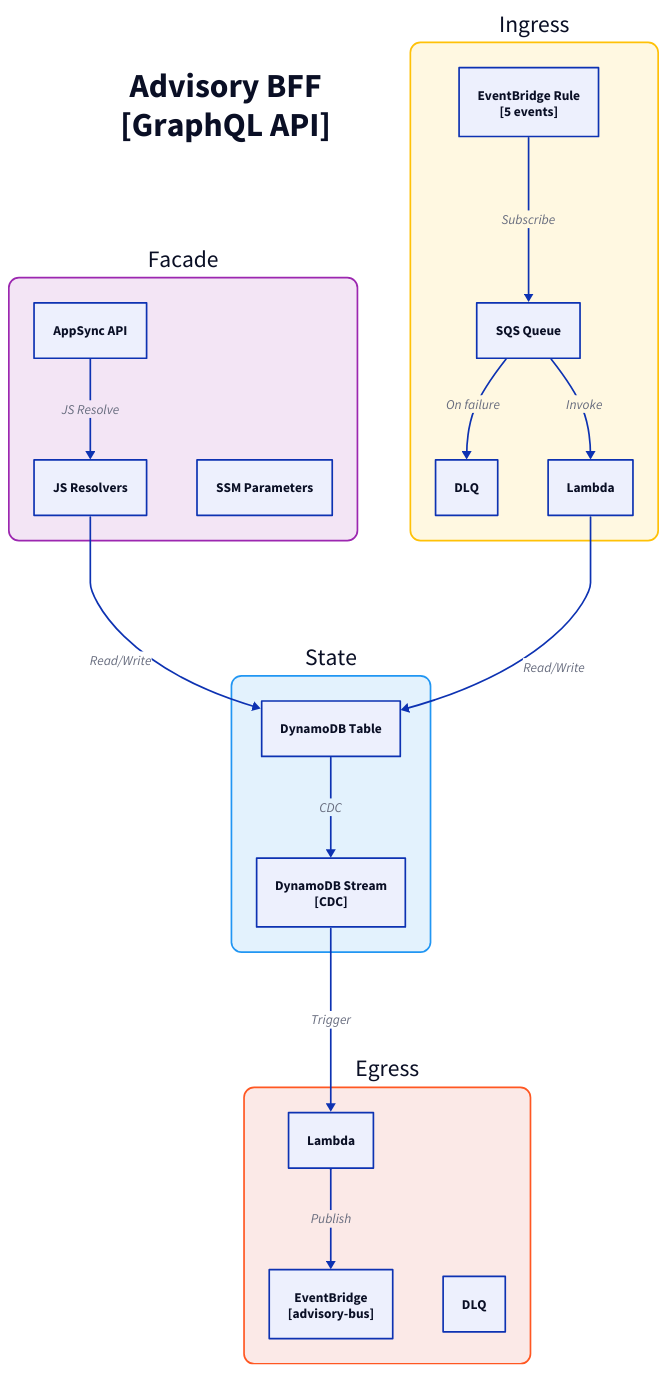
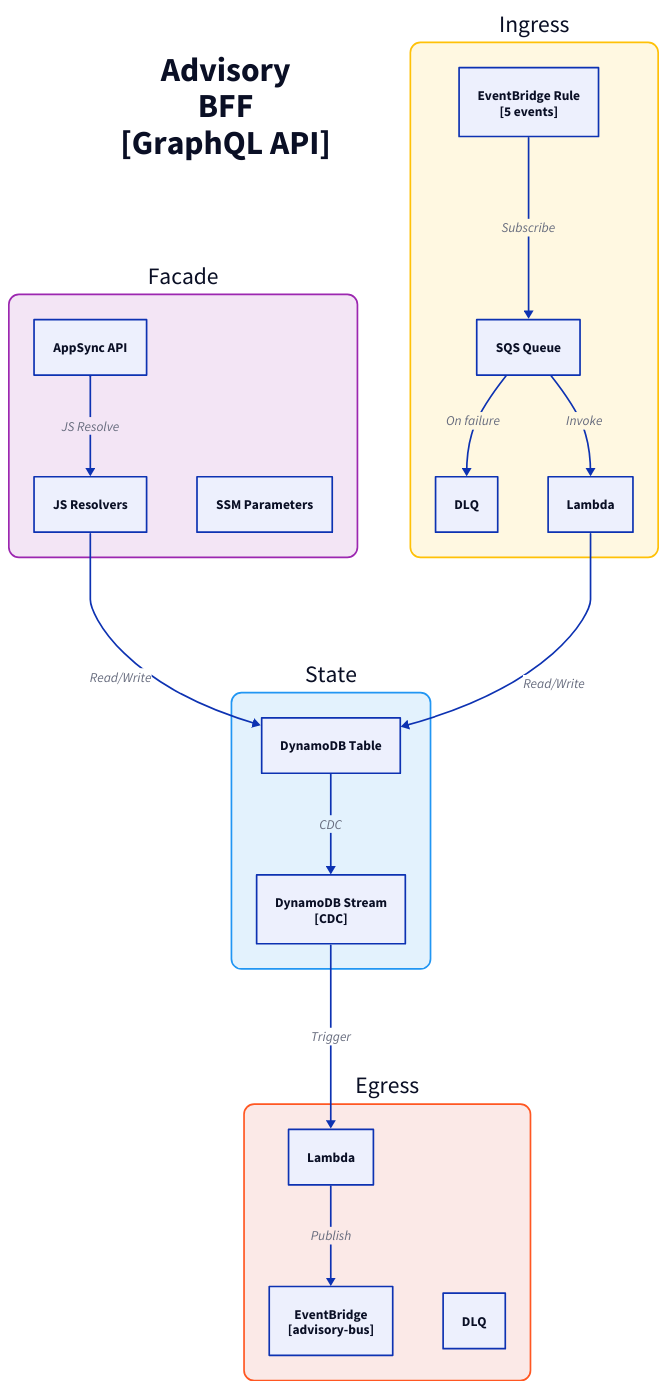
One commit to fabio-vitali/nestfolio changed the diagram in docs/architecture/c3/advisory-bff.d2. Above: the diagram before and after it, drawn with D2. The commit also changed 66 other files, not shown here.

Commit message:
fix: c4 diagrams fixes

```diff
--- a/docs/architecture/c3/advisory-bff.d2
+++ b/docs/architecture/c3/advisory-bff.d2
@@ -1,46 +1,46 @@
 direction: down
 
-title: "Advisory BFF\n[GraphQL API]" {
+title: "Advisory\nBFF\n[GraphQL API]" {
   style: { font-size: 40; bold: true; fill: transparent; stroke: transparent }
 }
 
 facade: "Facade" {
   style: { fill: "#F3E5F5"; stroke: "#9C27B0"; border-radius: 12; font-size: 28 }
   appsync: "AppSync API" { class: aws-appsync }
   resolvers: "JS Resolvers" { class: aws-lambda }
   appsync -> resolvers: JS Resolve
   ssm: "SSM Parameters" { class: aws-ssm }
 }
 
 ingress: "Ingress" {
   style: { fill: "#FFF8E1"; stroke: "#FFC107"; border-radius: 12; font-size: 28 }
   rule: "EventBridge Rule\n[5 events]" { class: aws-eventbridge }
   sqs: "SQS Queue" { class: aws-sqs }
   dlq: "DLQ" { class: aws-dlq }
   handler: "Lambda" { class: aws-lambda }
 
   rule -> sqs: Subscribe
   sqs -> handler: Invoke
   sqs -> dlq: On failure
 }
 
 state: "State" {
   style: { fill: "#E3F2FD"; stroke: "#2196F3"; border-radius: 12; font-size: 28 }
   table: "DynamoDB Table" { class: aws-dynamodb }
   stream: "DynamoDB Stream\n[CDC]" { class: aws-ddb-stream }
   table -> stream: CDC
 }
 
 egress: "Egress" {
   style: { fill: "#FBE9E7"; stroke: "#FF5722"; border-radius: 12; font-size: 28 }
   processor: "Lambda" { class: aws-lambda }
   bus: "EventBridge\n[advisory-bus]" { class: aws-eventbridge }
   dlq: "DLQ" { class: aws-dlq }
 
   processor -> bus: Publish
 }
 
 # Flows
 facade.resolvers -> state.table: Read/Write
 ingress.handler -> state.table: Read/Write
 state.stream -> egress.processor: Trigger
```
